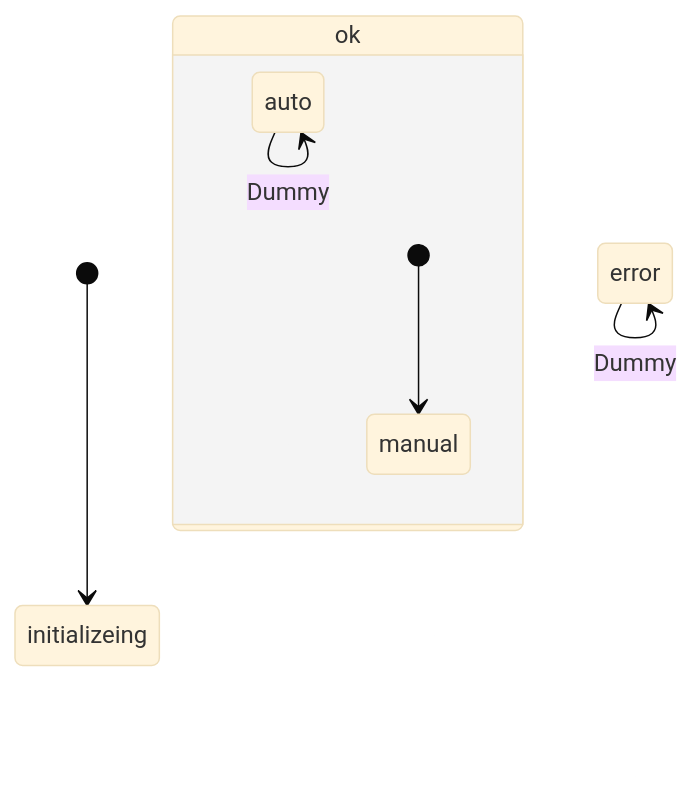
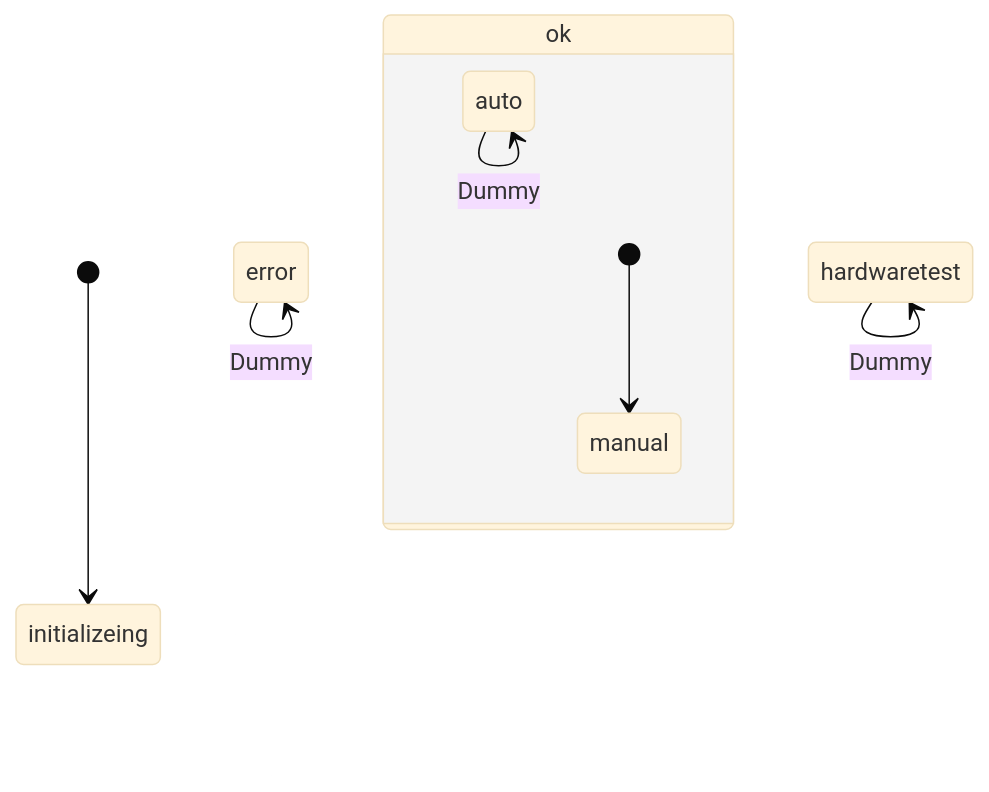
The diagram in steuerung_automatik/software-zentral/log/statemachine_HsmZentral.md (petermaerki/puenterswis_heizung_2023_git), drawn with Mermaid (base theme) before and after one commit. The commit also changed 18 other files, not shown here.

````diff
--- a/steuerung_automatik/software-zentral/log/statemachine_HsmZentral.md
+++ b/steuerung_automatik/software-zentral/log/statemachine_HsmZentral.md
@@ -1,23 +1,27 @@
 ```mermaid
 stateDiagram-v2
     error: error
     state error
     error --> error: Dummy
+
+    hardwaretest: hardwaretest
+    state hardwaretest
+    hardwaretest --> hardwaretest: Dummy
 
     initializeing: initializeing
     state initializeing
 
     ok: ok
     state ok {
         ok_auto: auto
         state ok_auto
         ok_auto --> ok_auto: Dummy
 
         ok_manual: manual
         state ok_manual
         [*] --> ok_manual
     }
     [*] --> initializeing
 
     %% Transitions
 ```
````
